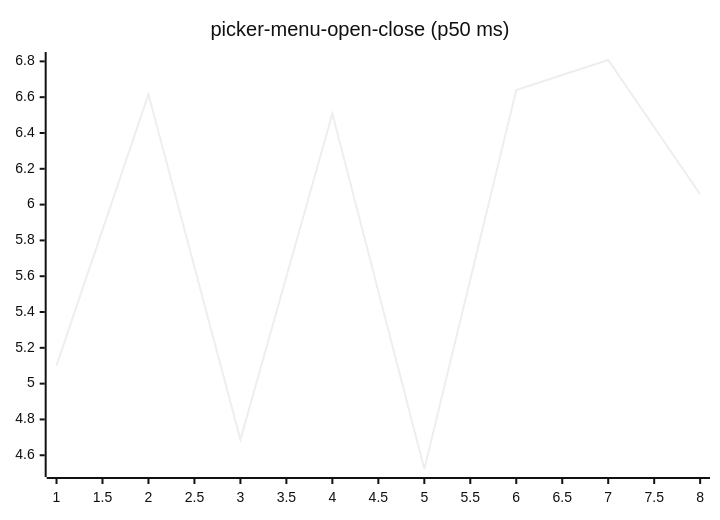
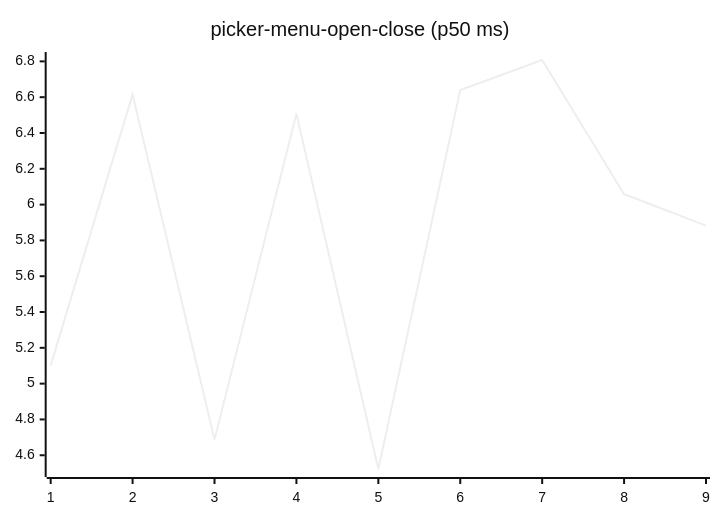
Before and after one commit to josha/Facet: diagram 16 of 27 in README.md, drawn with Mermaid (neutral theme). The commit also changed other lines of this file and 2 other files, not shown here.

````diff
--- a/README.md
+++ b/README.md
@@ -168,6 +168,6 @@
 ```mermaid
 xychart-beta
     title "picker-menu-open-close (p50 ms)"
-    x-axis 1 --> 8
-    line [5.1020, 6.6154, 4.6873, 6.5076, 4.5232, 6.6400, 6.8077, 6.0581]
+    x-axis 1 --> 9
+    line [5.1020, 6.6154, 4.6873, 6.5076, 4.5232, 6.6400, 6.8077, 6.0581, 5.8829]
 ```
````
